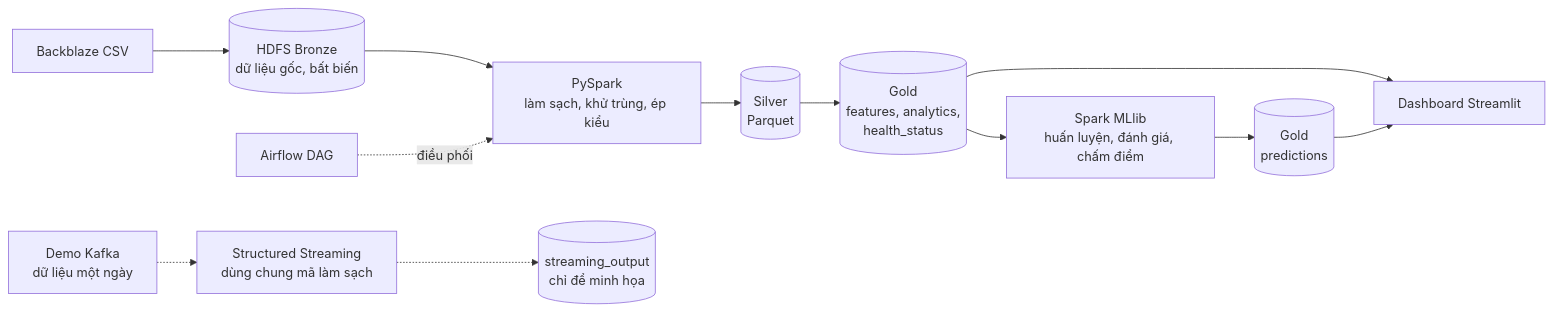
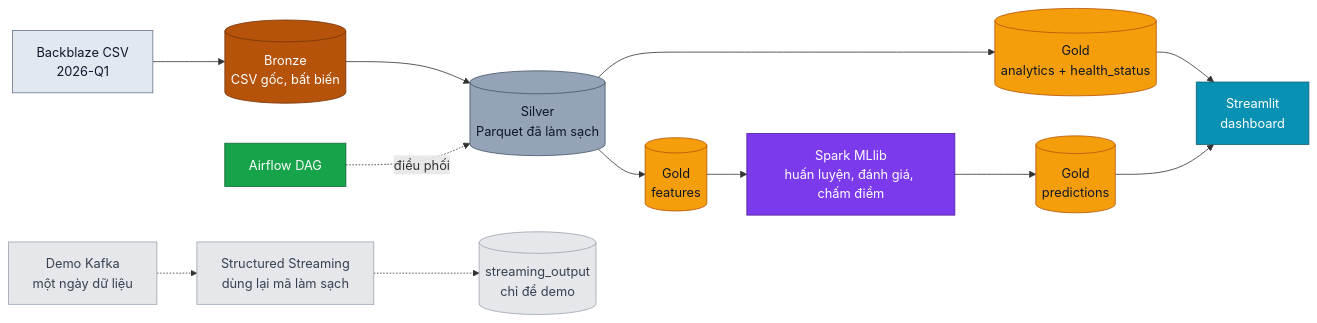
Before and after one commit to ReubenKhangNguyen/smart-drive-failure: the diagram in README_vi.md, drawn with Mermaid. The commit also changed other lines of this file and 2 other files, not shown here.

````diff
--- a/README_vi.md
+++ b/README_vi.md
@@ -31,13 +75,21 @@
 ```mermaid
 flowchart LR
-    A[Backblaze CSV] --> B[(HDFS Bronze<br/>dữ liệu gốc, bất biến)]
-    B --> C[PySpark<br/>làm sạch, khử trùng, ép kiểu]
-    C --> D[(Silver<br/>Parquet)]
-    D --> E[(Gold<br/>features, analytics,<br/>health_status)]
-    E --> F[Spark MLlib<br/>huấn luyện, đánh giá, chấm điểm]
-    F --> G[(Gold<br/>predictions)]
-    E --> H[Dashboard Streamlit]
-    G --> H
-    K[Demo Kafka<br/>dữ liệu một ngày] -.-> S[Structured Streaming<br/>dùng chung mã làm sạch] -.-> P[(streaming_output<br/>chỉ để minh họa)]
-    AF[Airflow DAG] -. điều phối .-> C
+    SRC["Backblaze CSV<br/>2026-Q1"]:::src --> BR[("Bronze<br/>CSV gốc, bất biến")]:::bronze
+    BR --> SI[("Silver<br/>Parquet đã làm sạch")]:::silver
+    SI --> GF[("Gold<br/>features")]:::gold
+    SI --> GA[("Gold<br/>analytics + health_status")]:::gold
+    GF --> ML["Spark MLlib<br/>huấn luyện, đánh giá, chấm điểm"]:::ml
+    ML --> GP[("Gold<br/>predictions")]:::gold
+    GA --> UI["Streamlit<br/>dashboard"]:::ui
+    GP --> UI
+    KF["Demo Kafka<br/>một ngày dữ liệu"]:::demo -.-> SS["Structured Streaming<br/>dùng lại mã làm sạch"]:::demo -.-> OUT[("streaming_output<br/>chỉ để demo")]:::demo
+    AF["Airflow DAG"]:::orch -.->|điều phối| SI
+    classDef src fill:#e2e8f0,stroke:#64748b,color:#0f172a
+    classDef bronze fill:#b45309,stroke:#78350f,color:#ffffff
+    classDef silver fill:#94a3b8,stroke:#475569,color:#0f172a
+    classDef gold fill:#f59e0b,stroke:#b45309,color:#0f172a
+    classDef ml fill:#7c3aed,stroke:#4c1d95,color:#ffffff
+    classDef ui fill:#0891b2,stroke:#155e75,color:#ffffff
+    classDef demo fill:#e5e7eb,stroke:#9ca3af,color:#374151
+    classDef orch fill:#16a34a,stroke:#166534,color:#ffffff
 ```
````
